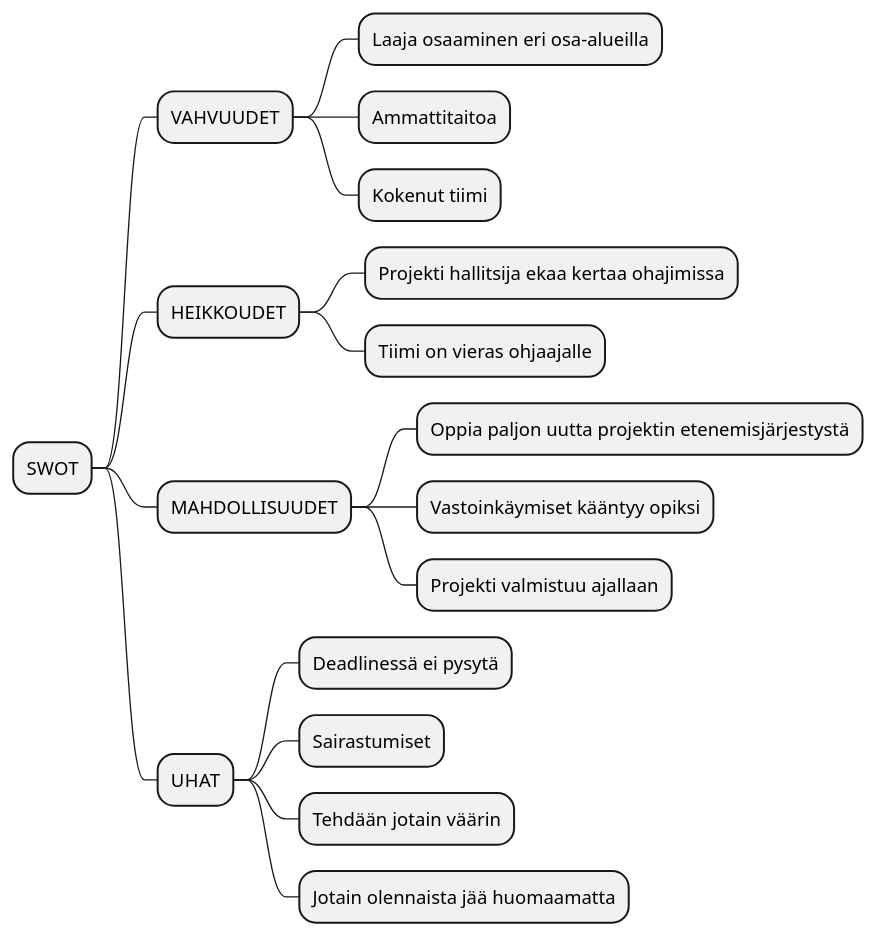
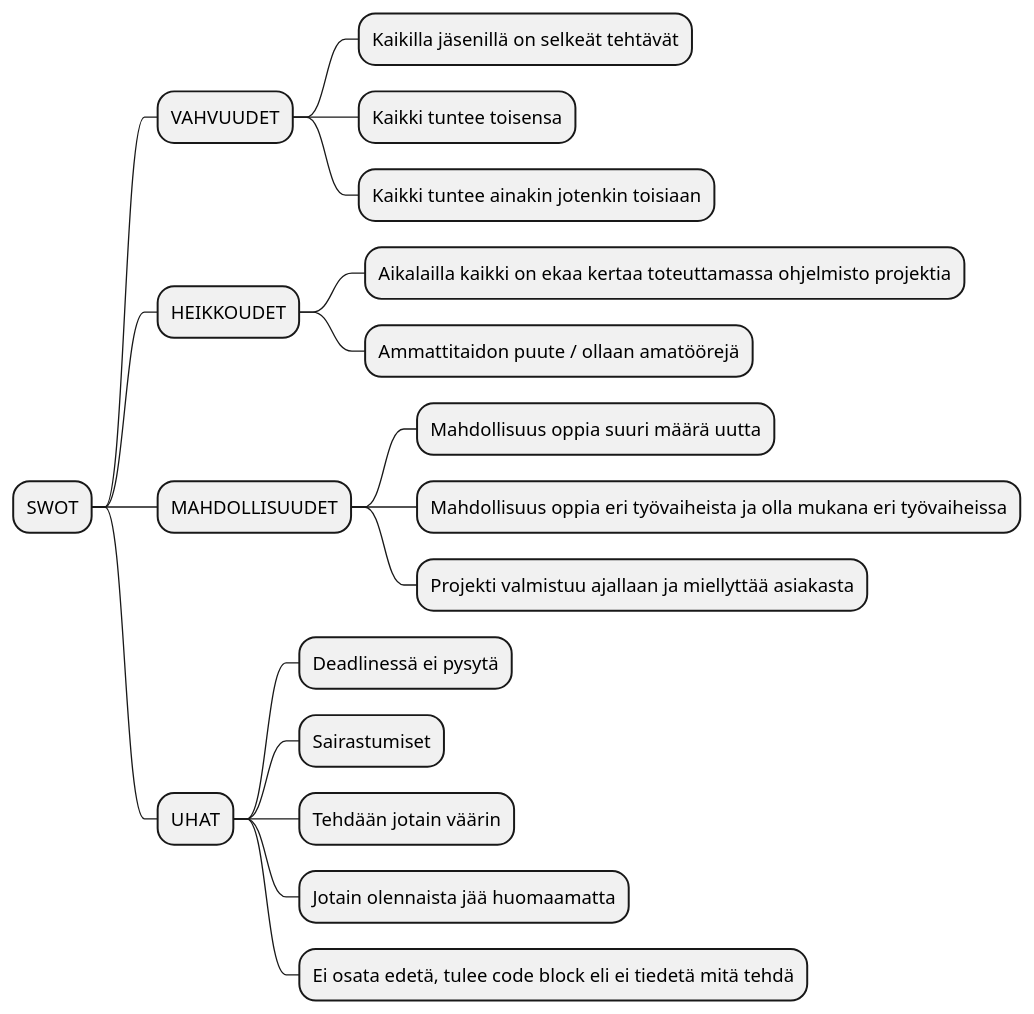
The first of 3 diagrams in dokumentit/10-Projektihallinta/tiivistetty-projektisuunnitelma.md (M11k4/DynamiittiOrava), drawn with PlantUML before and after one commit. The commit also changed other lines of this file, not shown here.

Commit message:
Update tiivistetty-projektisuunnitelma.md SWOT Planuml päivitystä keskiviikon palaveriin nikon näkemys. Tavoitteista ja tehtävistä lisätty järjetön määrä tekstiä

````diff
--- a/dokumentit/10-Projektihallinta/tiivistetty-projektisuunnitelma.md
+++ b/dokumentit/10-Projektihallinta/tiivistetty-projektisuunnitelma.md
@@ -84,21 +87,22 @@
 ```plantuml
 @startmindmap
 + SWOT
 ++ VAHVUUDET
-+++ Laaja osaaminen eri osa-alueilla
-+++ Ammattitaitoa
-+++ Kokenut tiimi
++++ Kaikilla jäsenillä on selkeät tehtävät
++++ Kaikki tuntee toisensa
++++ Kaikki tuntee ainakin jotenkin toisiaan
 ++ HEIKKOUDET
-+++ Projekti hallitsija ekaa kertaa ohajimissa
-+++ Tiimi on vieras ohjaajalle
++++ Aikalailla kaikki on ekaa kertaa toteuttamassa ohjelmisto projektia
++++ Ammattitaidon puute / ollaan amatöörejä
 ++ MAHDOLLISUUDET
-+++ Oppia paljon uutta projektin etenemisjärjestystä
-+++ Vastoinkäymiset kääntyy opiksi
-+++ Projekti valmistuu ajallaan
++++ Mahdollisuus oppia suuri määrä uutta
++++ Mahdollisuus oppia eri työvaiheista ja olla mukana eri työvaiheissa
++++ Projekti valmistuu ajallaan ja miellyttää asiakasta
 ++ UHAT
 +++ Deadlinessä ei pysytä
 +++ Sairastumiset
 +++ Tehdään jotain väärin
 +++ Jotain olennaista jää huomaamatta
++++ Ei osata edetä, tulee code block eli ei tiedetä mitä tehdä
 @endmindmap
 ```
````
